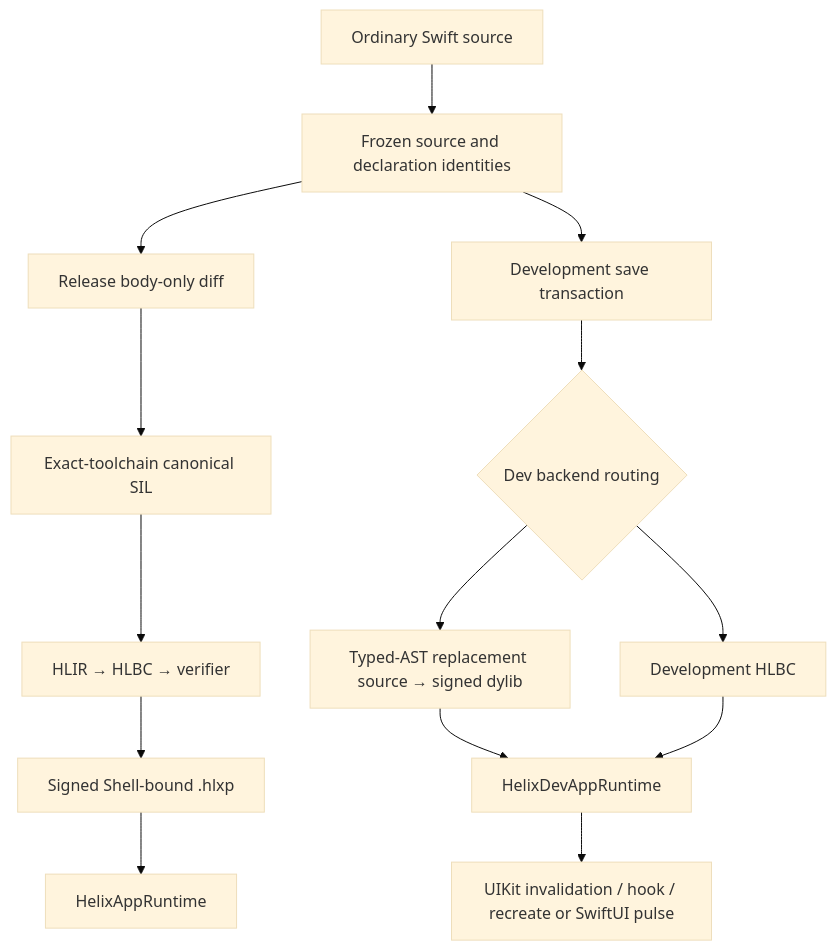
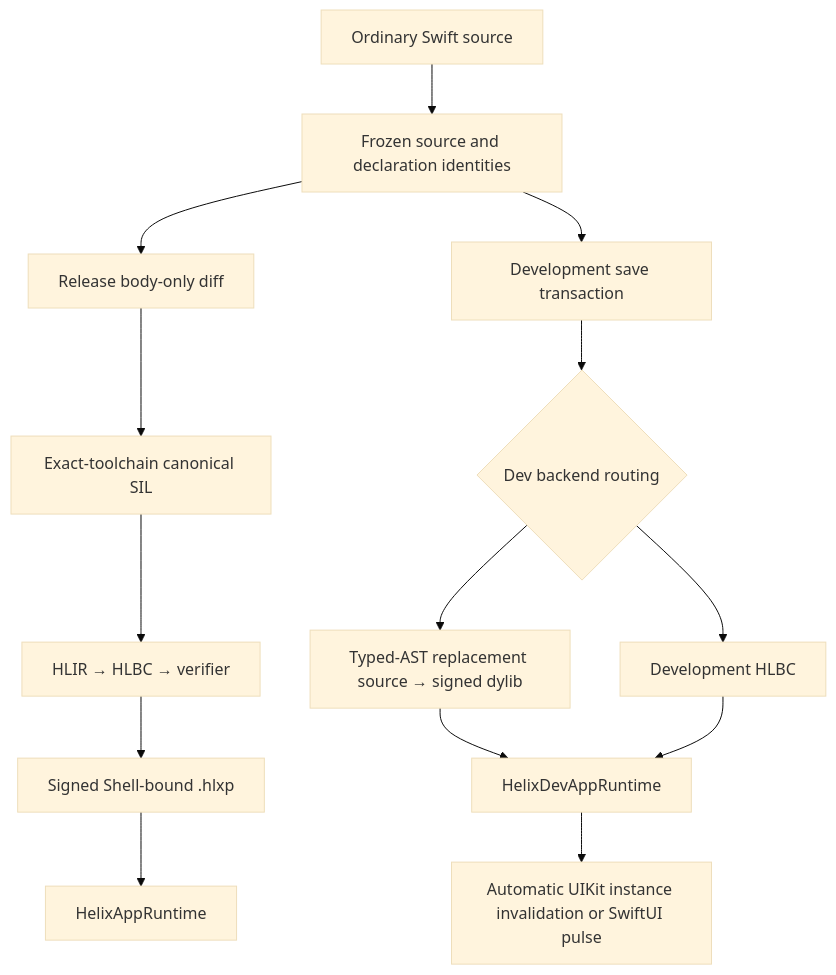
Before and after one commit to TangentW/Helix: the diagram in Docs/Architecture.md, drawn with Mermaid (base theme). The commit also changed other lines of this file and 78 other files, not shown here.

````diff
--- a/Docs/Architecture.md
+++ b/Docs/Architecture.md
@@ -27,18 +27,18 @@
 ```mermaid
 flowchart TB
     S["Ordinary Swift source"] --> I["Frozen source and declaration identities"]
     I --> R["Release body-only diff"]
     I --> D["Development save transaction"]
 
     R --> SIL1["Exact-toolchain canonical SIL"]
     SIL1 --> HLBC["HLIR → HLBC → verifier"]
     HLBC --> PKG["Signed Shell-bound .hlxp"]
     PKG --> PR["HelixAppRuntime"]
 
     D --> ROUTE{"Dev backend routing"}
     ROUTE --> NATIVE["Typed-AST replacement source → signed dylib"]
     ROUTE --> DHLBC["Development HLBC"]
     NATIVE --> DR["HelixDevAppRuntime"]
     DHLBC --> DR
-    DR --> UI["UIKit invalidation / hook / recreate or SwiftUI pulse"]
+    DR --> UI["Automatic UIKit instance invalidation or SwiftUI pulse"]
 ```
````
